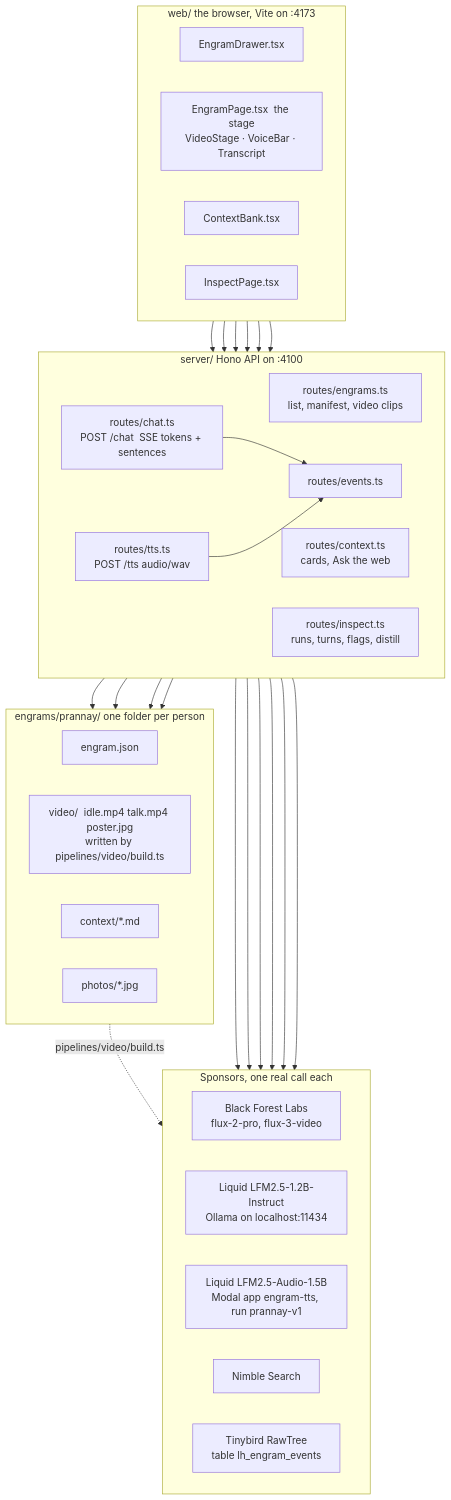
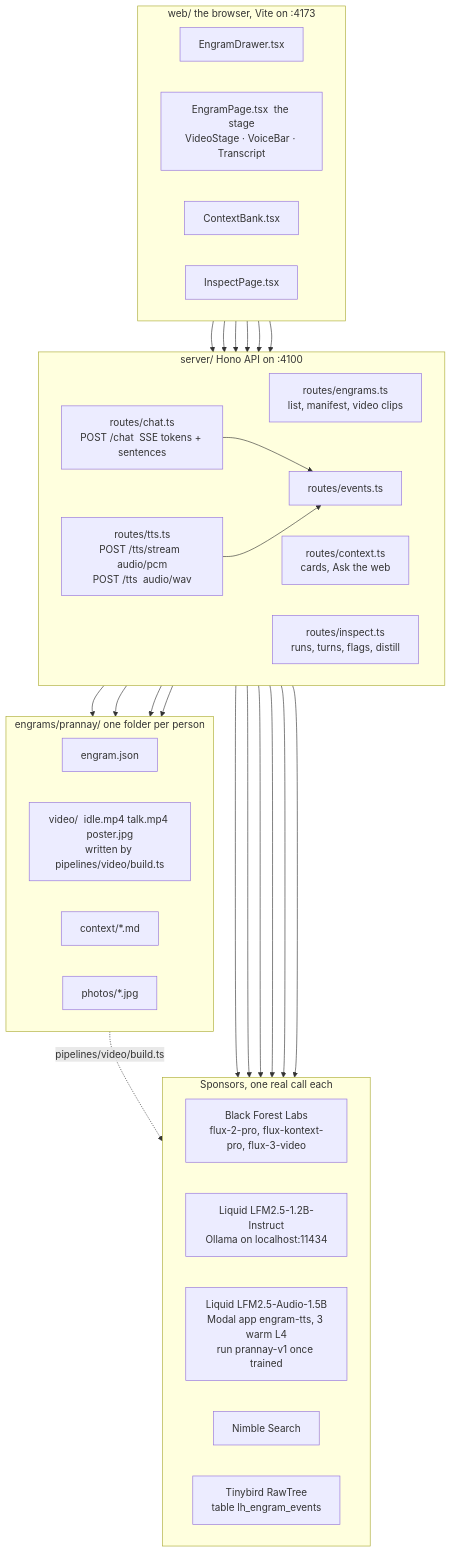
Before and after one commit to Pran-Ker/engram: the diagram in engram/README.md, drawn with Mermaid. The commit also changed other lines of this file and 62 other files, not shown here.

First line of the commit message:
Engram demo: streaming TTS, fairer face from selfie, fixed brain answers, three verify/fix rounds, docs refresh

````diff
--- a/engram/README.md
+++ b/engram/README.md
@@ -11,50 +11,50 @@
 ```mermaid
 flowchart TB
   subgraph web["web/  the browser, Vite on :4173"]
     direction LR
     drawer["EngramDrawer.tsx"]
     stage["EngramPage.tsx  the stage<br/>VideoStage · VoiceBar · Transcript"]
     bank["ContextBank.tsx"]
     inspect["InspectPage.tsx"]
   end
 
   subgraph server["server/  Hono API on :4100"]
     direction LR
     eng["routes/engrams.ts<br/>list, manifest, video clips"]
     chat["routes/chat.ts<br/>POST /chat  SSE tokens + sentences"]
-    tts["routes/tts.ts<br/>POST /tts  audio/wav"]
+    tts["routes/tts.ts<br/>POST /tts/stream  audio/pcm<br/>POST /tts  audio/wav"]
     ctx["routes/context.ts<br/>cards, Ask the web"]
     ev["routes/events.ts"]
     insp["routes/inspect.ts<br/>runs, turns, flags, distill"]
   end
 
   subgraph folder["engrams/prannay/  one folder per person"]
     direction LR
     manifest["engram.json"]
     video["video/  idle.mp4 talk.mp4 poster.jpg<br/>written by pipelines/video/build.ts"]
     cards["context/*.md"]
     photos["photos/*.jpg"]
   end
 
   subgraph sponsors["Sponsors, one real call each"]
     direction LR
-    bfl["Black Forest Labs<br/>flux-2-pro, flux-3-video"]
+    bfl["Black Forest Labs<br/>flux-2-pro, flux-kontext-pro, flux-3-video"]
     ollama["Liquid LFM2.5-1.2B-Instruct<br/>Ollama on localhost:11434"]
-    modal["Liquid LFM2.5-Audio-1.5B<br/>Modal app engram-tts, run prannay-v1"]
+    modal["Liquid LFM2.5-Audio-1.5B<br/>Modal app engram-tts, 3 warm L4<br/>run prannay-v1 once trained"]
     nimble["Nimble Search"]
     rawtree["Tinybird RawTree<br/>table lh_engram_events"]
   end
 
   drawer --> eng
   stage --> eng & chat & tts
   bank --> ctx
   inspect --> insp
   eng --> manifest & video
   chat & ctx --> cards
   chat --> ollama & nimble
   ctx --> nimble
   tts --> modal
   chat & tts --> ev --> rawtree
   insp --> rawtree
   photos -. "pipelines/video/build.ts" .-> bfl
 ```
````
